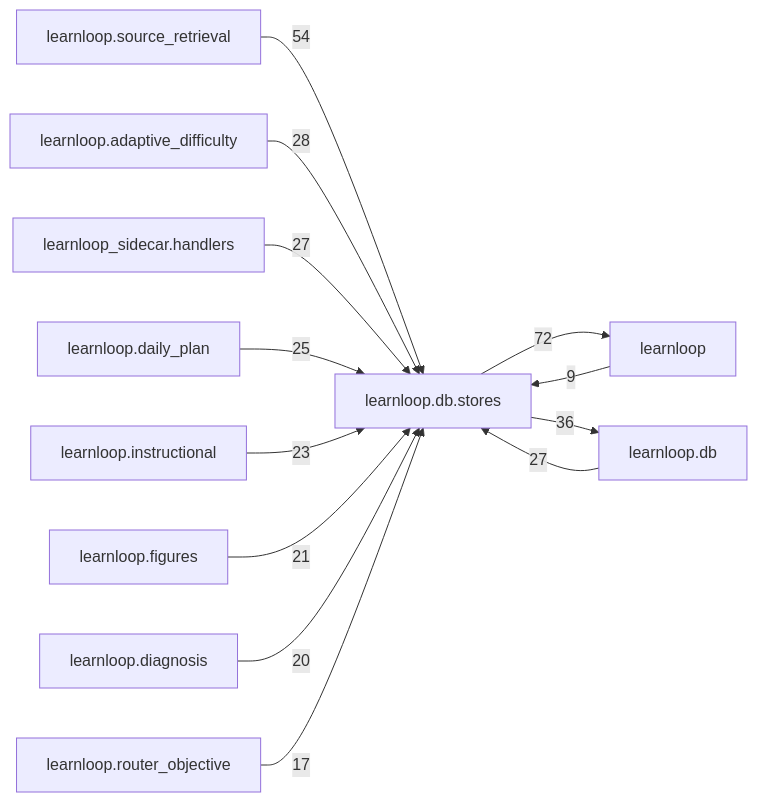
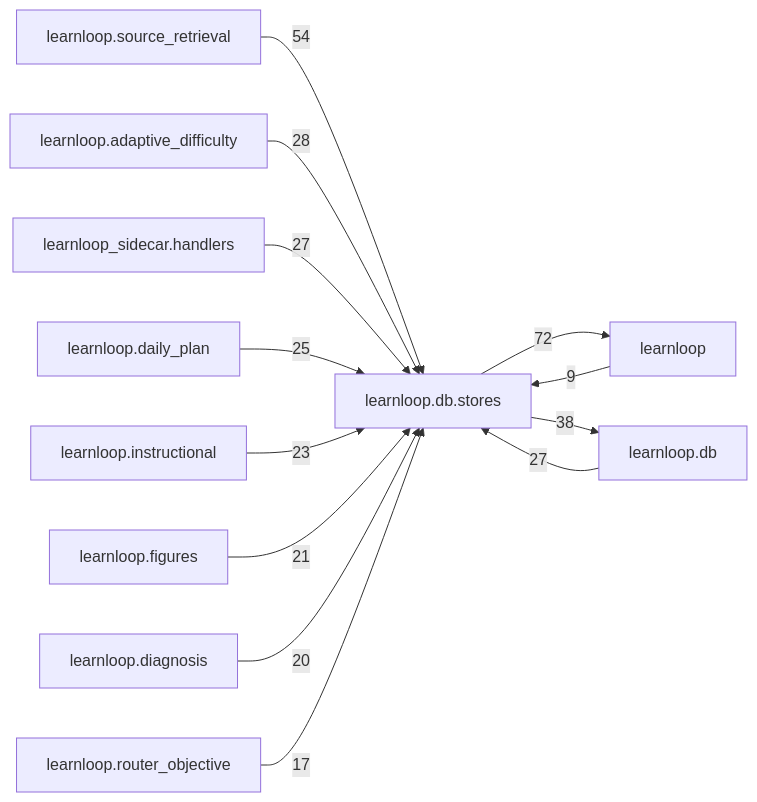
One commit to 6up-b/learnanything changed the diagram in docs/learnloop-architecture-vault/Reference/Modules/learnloop/db/stores/_package.md. Above: the diagram before and after it, drawn with Mermaid. The commit also changed other lines of this file and 44 other files, not shown here.

````diff
--- a/docs/learnloop-architecture-vault/Reference/Modules/learnloop/db/stores/_package.md
+++ b/docs/learnloop-architecture-vault/Reference/Modules/learnloop/db/stores/_package.md
@@ -272,26 +272,26 @@
 ```mermaid
 flowchart LR
     center["learnloop.db.stores"]
     n_learnloop["learnloop"]
     n_learnloop_db["learnloop.db"]
     n_learnloop_source_retrieval["learnloop.source_retrieval"]
     n_learnloop_adaptive_difficulty["learnloop.adaptive_difficulty"]
     n_learnloop_sidecar_handlers["learnloop_sidecar.handlers"]
     n_learnloop_daily_plan["learnloop.daily_plan"]
     n_learnloop_instructional["learnloop.instructional"]
     n_learnloop_figures["learnloop.figures"]
     n_learnloop_diagnosis["learnloop.diagnosis"]
     n_learnloop_router_objective["learnloop.router_objective"]
     n_learnloop -->|9| center
     center -->|72| n_learnloop
     n_learnloop_db -->|27| center
-    center -->|36| n_learnloop_db
+    center -->|38| n_learnloop_db
     n_learnloop_source_retrieval -->|54| center
     n_learnloop_adaptive_difficulty -->|28| center
     n_learnloop_sidecar_handlers -->|27| center
     n_learnloop_daily_plan -->|25| center
     n_learnloop_instructional -->|23| center
     n_learnloop_figures -->|21| center
     n_learnloop_diagnosis -->|20| center
     n_learnloop_router_objective -->|17| center
 ```
````
